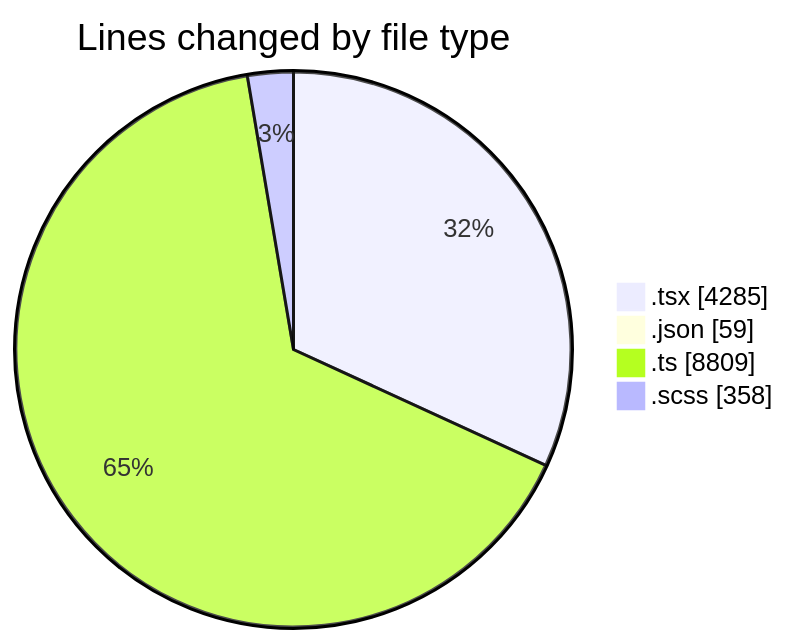
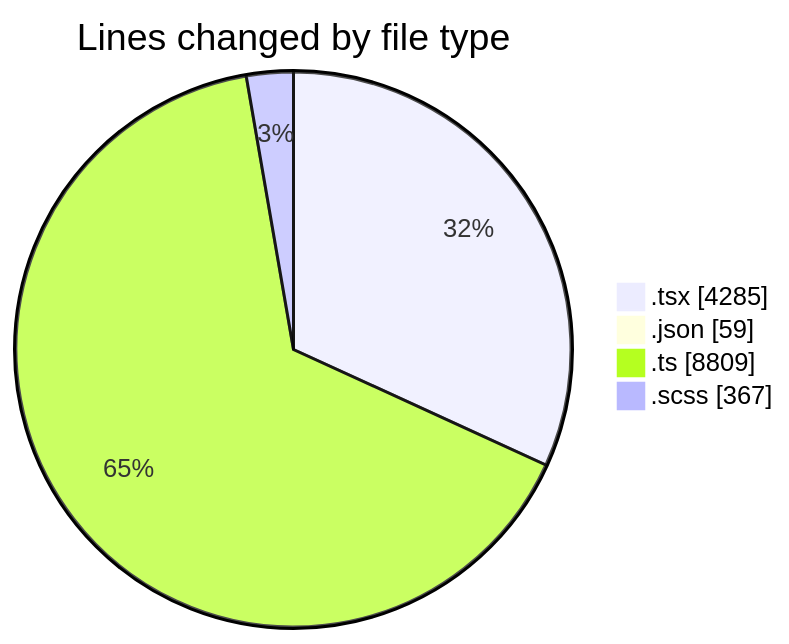
The first of 2 diagrams in 2025-11-24/cda/README.md (momahboobian/code-tracking), drawn with Mermaid before and after one commit. The commit also changed other lines of this file and 1 other file, not shown here.

````diff
--- a/2025-11-24/cda/README.md
+++ b/2025-11-24/cda/README.md
@@ -35,8 +35,8 @@
 ```mermaid
 pie showData
 title Lines changed by file type
 ".tsx" : 4285
 ".json" : 59
 ".ts" : 8809
-".scss" : 358
+".scss" : 367
 ```
````
